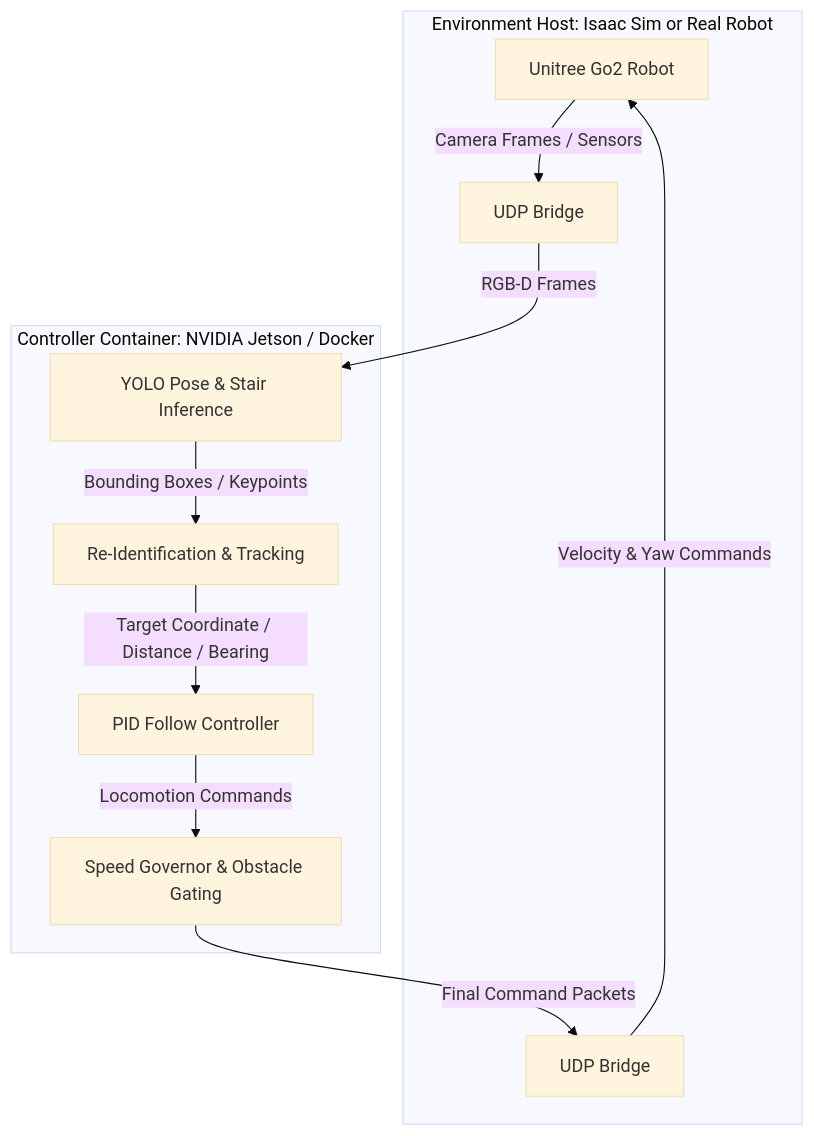
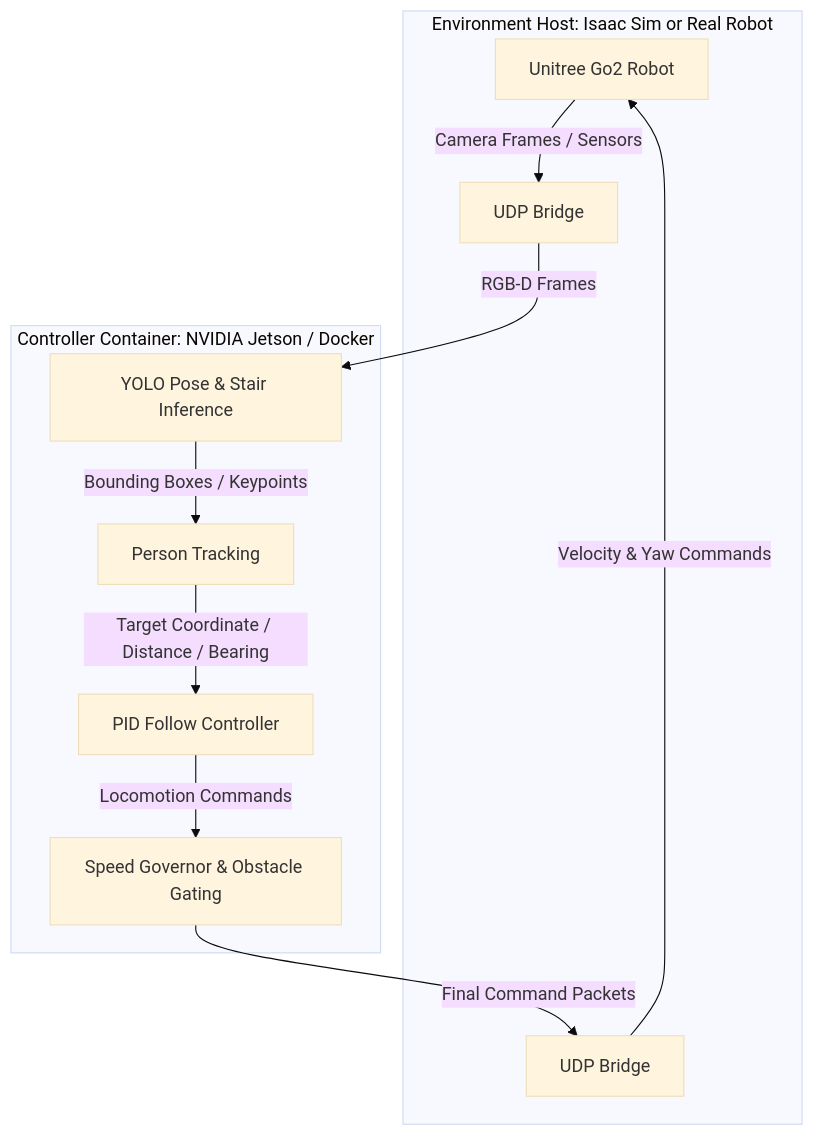
The diagram in readme.md (Anthony-Sin/Stair-Climbing-Robotic-Dog-for-Oxygen-Therapy-Patients), drawn with Mermaid (base theme) before and after one commit. The commit also changed other lines of this file and 301 other files, not shown here.

````diff
--- a/readme.md
+++ b/readme.md
@@ -26,15 +26,15 @@
 ```mermaid
 graph TD
     subgraph Environment [Environment Host: Isaac Sim or Real Robot]
         A[Unitree Go2 Robot] -->|Camera Frames / Sensors| B[UDP Bridge]
         H[UDP Bridge] -->|Velocity & Yaw Commands| A
     end
 
     subgraph Controller [Controller Container: NVIDIA Jetson / Docker]
         B -->|RGB-D Frames| C[YOLO Pose & Stair Inference]
-        C -->|Bounding Boxes / Keypoints| D[Re-Identification & Tracking]
+        C -->|Bounding Boxes / Keypoints| D[Person Tracking]
         D -->|Target Coordinate / Distance / Bearing| E[PID Follow Controller]
         E -->|Locomotion Commands| F[Speed Governor & Obstacle Gating]
         F -->|Final Command Packets| H
     end
 ```
````
